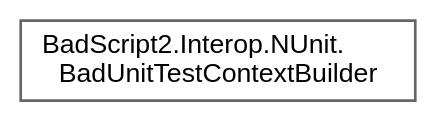
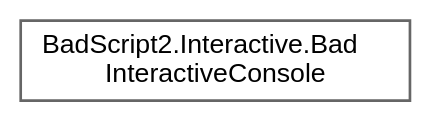
One commit to ByteChkR/BadScript2 changed the diagram in docs/reference/inherit_graph_29.dot. Above: the diagram before and after it, drawn with Graphviz. The commit also changed 1399 other files, not shown here.

```diff
--- a/docs/reference/inherit_graph_29.dot
+++ b/docs/reference/inherit_graph_29.dot
@@ -1,9 +1,9 @@
 digraph "Graphical Class Hierarchy"
 {
  // LATEX_PDF_SIZE
   bgcolor="transparent";
   edge [fontname=Helvetica,fontsize=10,labelfontname=Helvetica,labelfontsize=10];
   node [fontname=Helvetica,fontsize=10,shape=box,height=0.2,width=0.4];
   rankdir="LR";
-  Node0 [id="Node000000",label="BadScript2.Interop.NUnit.\lBadUnitTestContextBuilder",height=0.2,width=0.4,color="grey40", fillcolor="white", style="filled",URL="$class_bad_script2_1_1_interop_1_1_n_unit_1_1_bad_unit_test_context_builder.html",tooltip=" "];
+  Node0 [id="Node000000",label="BadScript2.Interactive.Bad\lInteractiveConsole",height=0.2,width=0.4,color="grey40", fillcolor="white", style="filled",URL="$class_bad_script2_1_1_interactive_1_1_bad_interactive_console.html",tooltip=" "];
 }
```
